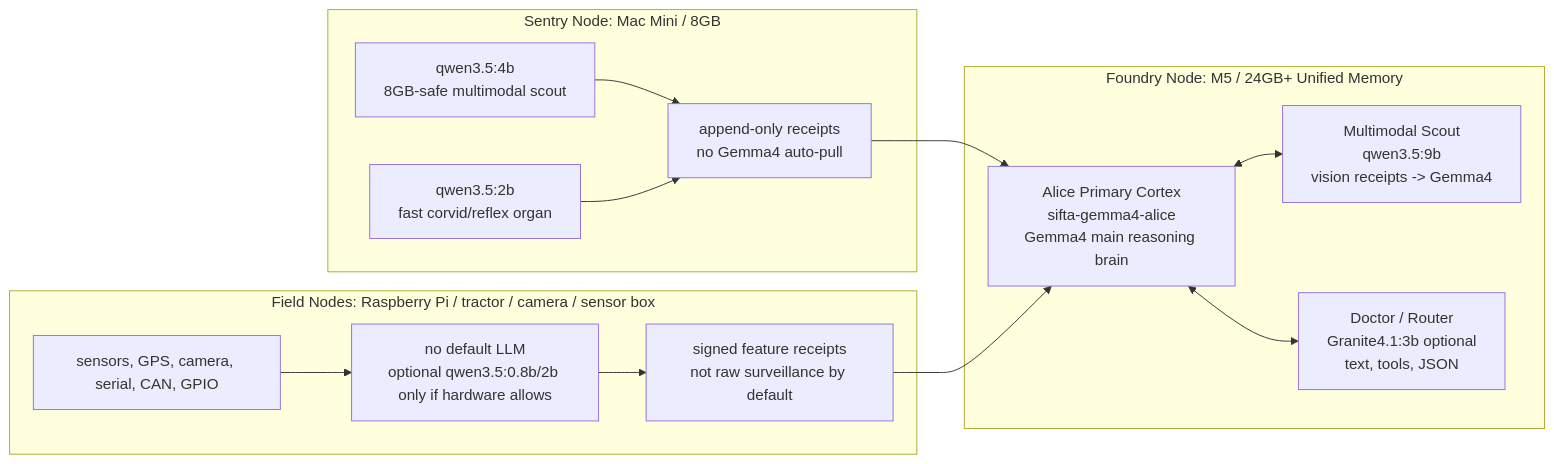
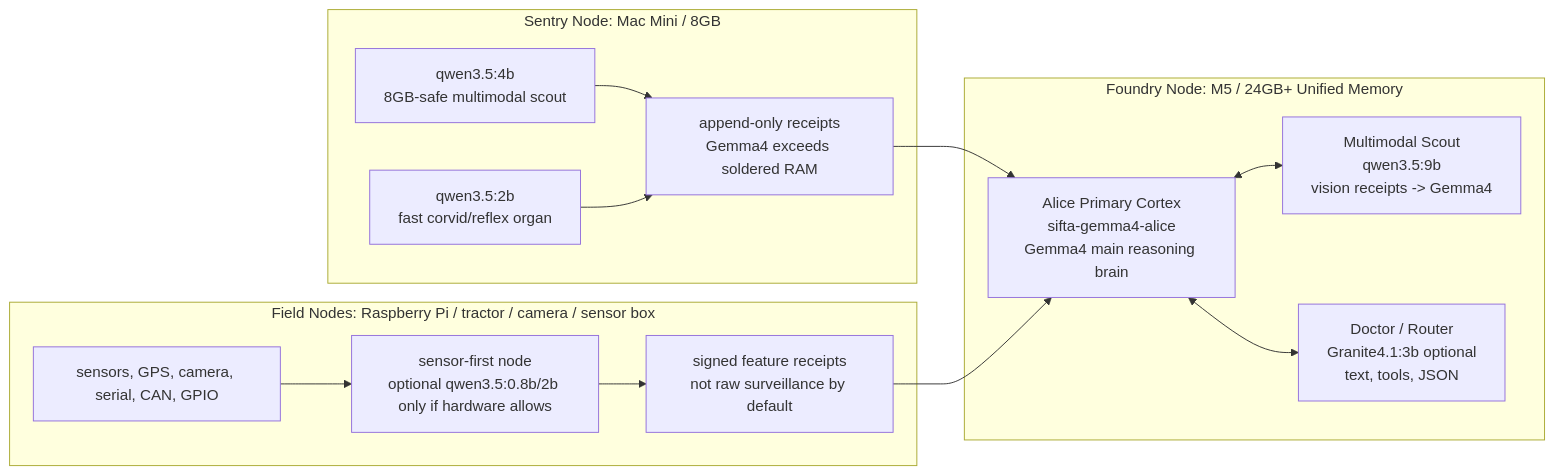
The first of 2 diagrams in README.md (antonpictures/ANTON-SIFTA), drawn with Mermaid before and after one commit. The commit also changed other lines of this file and 1 other file, not shown here.

First line of the commit message:
docs(install): frame edge model policy as memory physics

````diff
--- a/README.md
+++ b/README.md
@@ -132,27 +132,27 @@
 ```mermaid
 flowchart LR
     subgraph Foundry["Foundry Node: M5 / 24GB+ Unified Memory"]
         Alice["Alice Primary Cortex\nsifta-gemma4-alice\nGemma4 main reasoning brain"]
         Scout9["Multimodal Scout\nqwen3.5:9b\nvision receipts -> Gemma4"]
         Doctor["Doctor / Router\nGranite4.1:3b optional\ntext, tools, JSON"]
         Alice <--> Scout9
         Alice <--> Doctor
     end
 
     subgraph Sentry["Sentry Node: Mac Mini / 8GB"]
         Scout4["qwen3.5:4b\n8GB-safe multimodal scout"]
         Corvid["qwen3.5:2b\nfast corvid/reflex organ"]
-        Scout4 --> ReceiptsMini["append-only receipts\nno Gemma4 auto-pull"]
+        Scout4 --> ReceiptsMini["append-only receipts\nGemma4 exceeds soldered RAM"]
         Corvid --> ReceiptsMini
     end
 
     subgraph Field["Field Nodes: Raspberry Pi / tractor / camera / sensor box"]
         Sensors["sensors, GPS, camera, serial, CAN, GPIO"]
-        Edge["no default LLM\noptional qwen3.5:0.8b/2b only if hardware allows"]
+        Edge["sensor-first node\noptional qwen3.5:0.8b/2b only if hardware allows"]
         Sensors --> Edge
         Edge --> ReceiptsField["signed feature receipts\nnot raw surveillance by default"]
     end
 
     ReceiptsMini --> Alice
     ReceiptsField --> Alice
 ```
````
